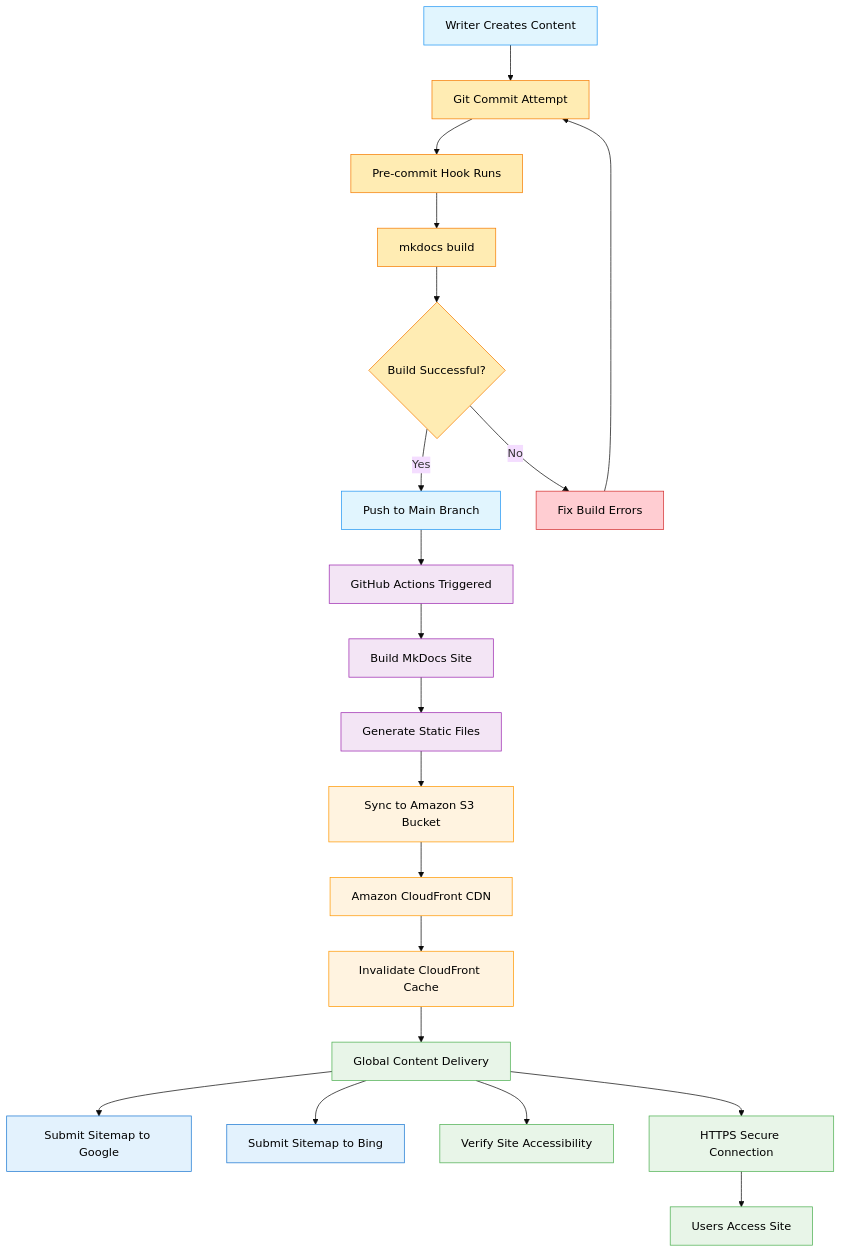
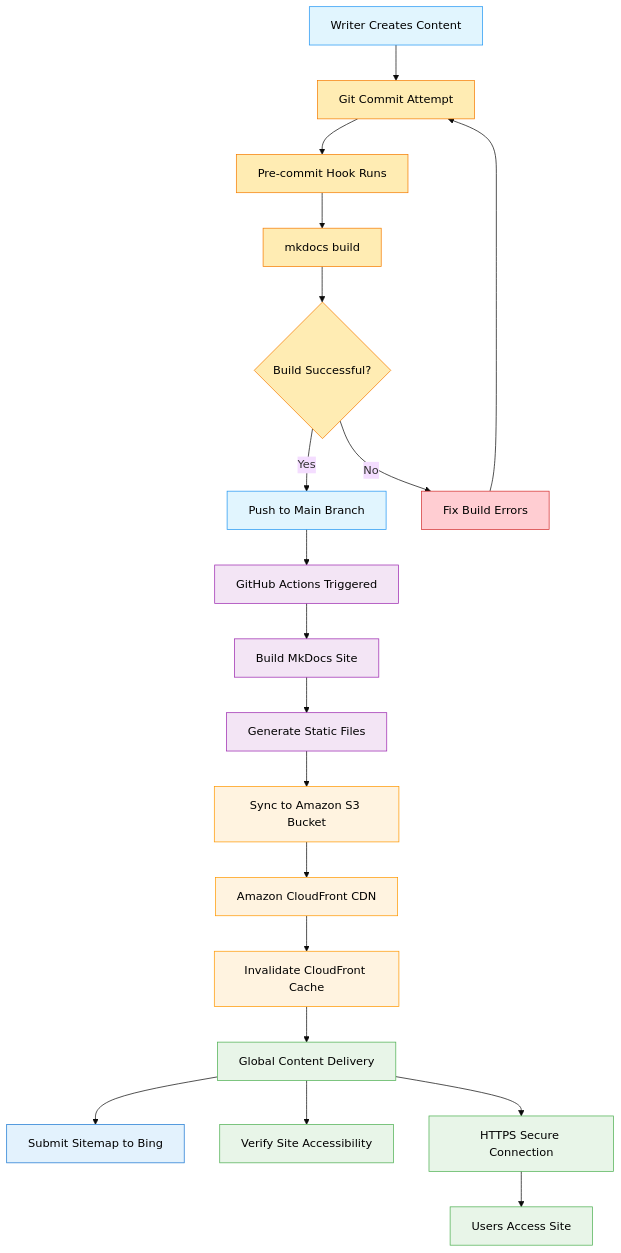
The diagram in docs/blog/posts/20250601.md (scottsaenz/scottsaenz-site), drawn with Mermaid (base theme) before and after one commit. The commit also changed 1 other file, not shown here.

Commit message:
rm google sitemap

````diff
--- a/docs/blog/posts/20250601.md
+++ b/docs/blog/posts/20250601.md
@@ -30,59 +30,57 @@
 ```mermaid
 flowchart TD
     J[Writer Creates Content] --> K[Git Commit Attempt]
     K --> L[Pre-commit Hook Runs]
     L --> M[mkdocs build]
     M --> N{Build Successful?}
     N -->|Yes| A[Push to Main Branch]
     N -->|No| O[Fix Build Errors]
     O --> K
     
     A --> B[GitHub Actions Triggered]
     B --> C[Build MkDocs Site]
     C --> D[Generate Static Files]
     D --> E[Sync to Amazon S3 Bucket]
     E --> F[Amazon CloudFront CDN]
     F --> P[Invalidate CloudFront Cache]
-    G --> Q[Submit Sitemap to Google]
     G --> R[Submit Sitemap to Bing]
     G--> S[Verify Site Accessibility]
     P --> G[Global Content Delivery]
     G --> H[HTTPS Secure Connection]
     H --> I[Users Access Site]
     
     style A fill:#e1f5fe,color:#000
     style B fill:#f3e5f5,color:#000
     style C fill:#f3e5f5,color:#000
     style D fill:#f3e5f5,color:#000
     style E fill:#fff3e0,color:#000
     style F fill:#fff3e0,color:#000
     style P fill:#fff3e0,color:#000
-    style Q fill:#e3f2fd,color:#000
     style R fill:#e3f2fd,color:#000
     style S fill:#e8f5e8,color:#000
     style G fill:#e8f5e8,color:#000
     style H fill:#e8f5e8,color:#000
     style I fill:#e8f5e8,color:#000
     style J fill:#e1f5fe,color:#000
     style K fill:#ffecb3,color:#000
     style L fill:#ffecb3,color:#000
     style M fill:#ffecb3,color:#000
     style N fill:#ffecb3,color:#000
     style O fill:#ffcdd2,color:#000
     
     classDef automation fill:#f3e5f5,stroke:#9c27b0,color:#000
     classDef aws fill:#fff3e0,stroke:#ff9800,color:#000
     classDef seo fill:#e3f2fd,stroke:#1976d2,color:#000
     classDef delivery fill:#e8f5e8,stroke:#4caf50,color:#000
     classDef user fill:#e1f5fe,stroke:#2196f3,color:#000
     classDef precommit fill:#ffecb3,stroke:#f57c00,color:#000
     classDef error fill:#ffcdd2,stroke:#d32f2f,color:#000
     
     class B,C,D automation
     class E,F,P aws
     class Q,R seo
     class S,G,H,I delivery
     class A,J user
     class K,L,M,N precommit
     class O error
 ```
````
